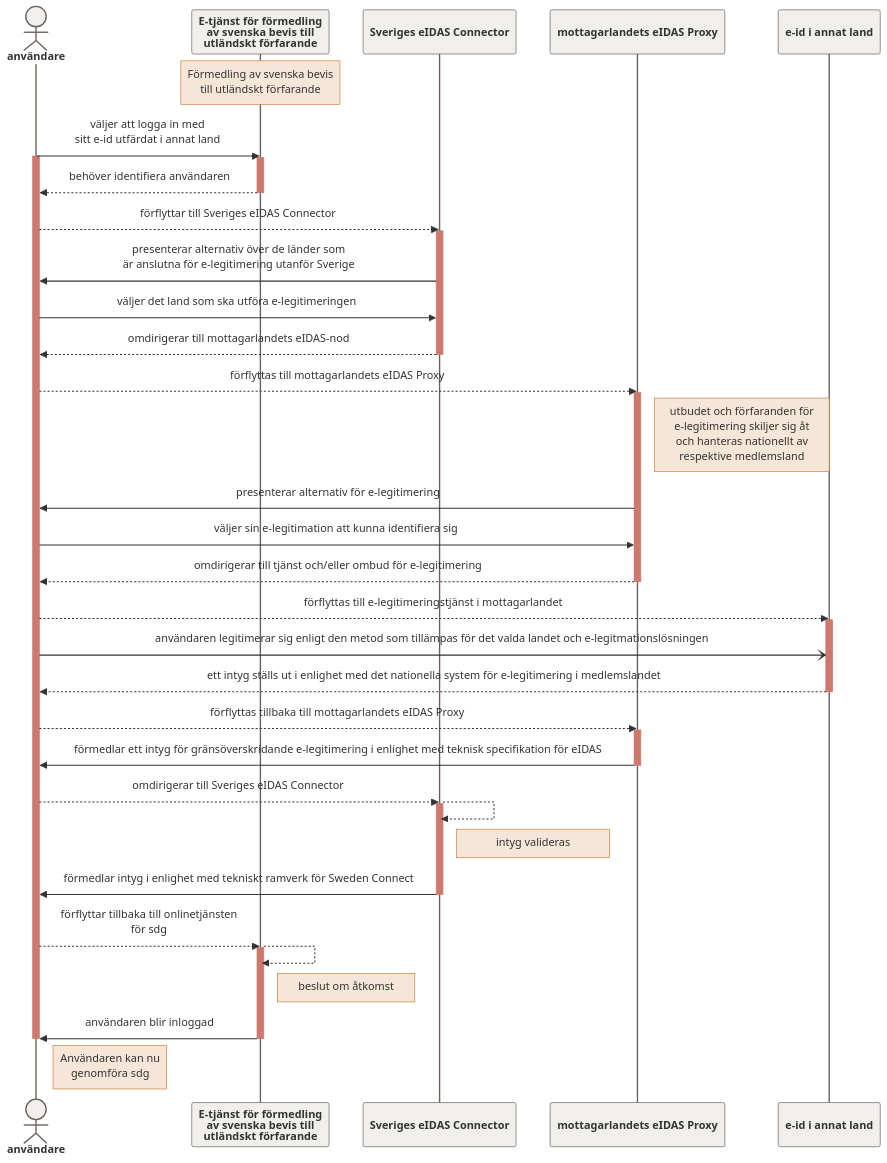
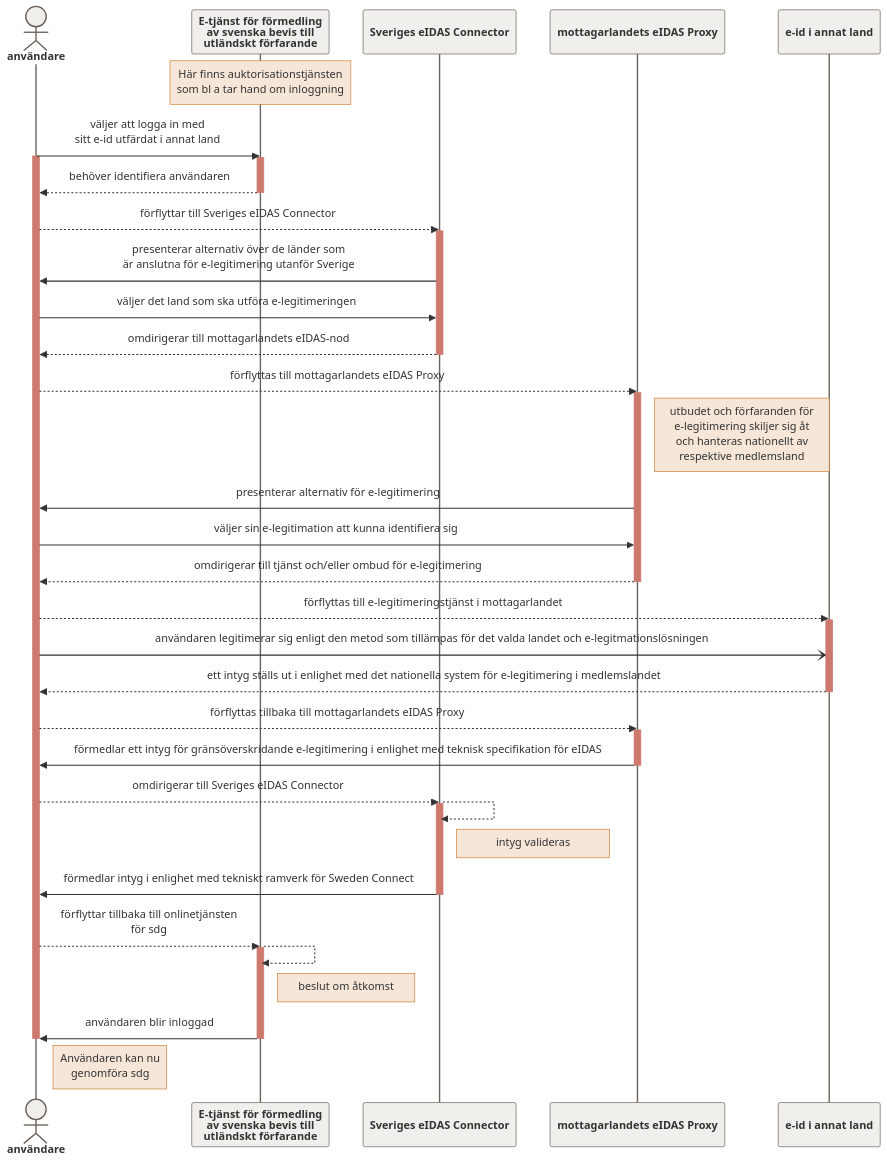
One commit to araskazemi/greenhouse changed the diagram in login_oots.md. Above: the diagram before and after it, drawn with Mermaid.

````diff
--- a/login_oots.md
+++ b/login_oots.md
@@ -1,53 +1,53 @@
 ```mermaid
 
 %%{init: {'sequence': { 'mirrorActors': true, 'rightAngles': true, 'messageAlign': 'center', 'actorFontWeight': 900, 'actorFontSize': 18, 'noteFontWeight': 100, 'noteFontSize': 12}}}%%
 %%{init: {'theme': 'base', 'themeVariables': {'labelBoxBkgColor': '#F5F5F4', 'labelBoxBorderColor': '#998980', 'actorBorder': '#696059', 'actorBkg': '#F1EFEC', 'activationBorderColor': '#CD796E', 'activationBkgColor': '#CD796E', 'noteBkgColor': '#F5E6D7', 'noteBorderColor': '#CE8036'}}}%%
 
 sequenceDiagram
   actor användare
   participant sdg as E-tjänst för förmedling<br />av svenska bevis till<br />utländskt förfarande
-  Note over sdg: Förmedling av svenska bevis<br />till utländskt förfarande
+  Note over sdg: Här finns auktorisationstjänsten<br />som bl a tar hand om inloggning
   användare->>sdg: väljer att logga in med<br />sitt e-id utfärdat i annat land
   activate användare
   activate sdg
   sdg-->>användare: behöver identifiera användaren
   deactivate sdg  
   användare-->>Sveriges eIDAS Connector: förflyttar till Sveriges eIDAS Connector
   activate Sveriges eIDAS Connector
   Sveriges eIDAS Connector->>användare: presenterar alternativ över de länder som<br />är anslutna för e-legitimering utanför Sverige
   användare->>Sveriges eIDAS Connector: väljer det land som ska utföra e-legitimeringen
   Sveriges eIDAS Connector-->>användare: omdirigerar till mottagarlandets eIDAS-nod
   deactivate Sveriges eIDAS Connector
   användare-->>mottagarlandets eIDAS Proxy: förflyttas till mottagarlandets eIDAS Proxy
   activate mottagarlandets eIDAS Proxy
   Note right of mottagarlandets eIDAS Proxy: utbudet och förfaranden för<br />e-legitimering skiljer sig åt<br />och hanteras nationellt av<br />respektive medlemsland
   mottagarlandets eIDAS Proxy->>användare: presenterar alternativ för e-legitimering
   användare->>mottagarlandets eIDAS Proxy: väljer sin e-legitimation att kunna identifiera sig
   mottagarlandets eIDAS Proxy-->>användare: omdirigerar till tjänst och/eller ombud för e-legitimering
   deactivate mottagarlandets eIDAS Proxy
   användare-->>e-id i annat land: förflyttas till e-legitimeringstjänst i mottagarlandet
   activate e-id i annat land
   användare-)e-id i annat land: användaren legitimerar sig enligt den metod som tillämpas för det valda landet och e-legitmationslösningen 
   e-id i annat land-->>användare: ett intyg ställs ut i enlighet med det nationella system för e-legitimering i medlemslandet
   deactivate e-id i annat land
   användare-->>mottagarlandets eIDAS Proxy: förflyttas tillbaka till mottagarlandets eIDAS Proxy
   activate mottagarlandets eIDAS Proxy
   mottagarlandets eIDAS Proxy->>användare: förmedlar ett intyg för gränsöverskridande e-legitimering i enlighet med teknisk specifikation för eIDAS
   deactivate mottagarlandets eIDAS Proxy
   användare-->>Sveriges eIDAS Connector: omdirigerar till Sveriges eIDAS Connector
   activate Sveriges eIDAS Connector
   Sveriges eIDAS Connector-->>Sveriges eIDAS Connector: 
   Note right of Sveriges eIDAS Connector: intyg valideras
   Sveriges eIDAS Connector->>användare: förmedlar intyg i enlighet med tekniskt ramverk för Sweden Connect
   deactivate Sveriges eIDAS Connector
   användare-->>sdg: förflyttar tillbaka till onlinetjänsten<br />för sdg
   activate sdg
   sdg-->>sdg: 
   Note right of sdg: beslut om åtkomst
   sdg->>användare: användaren blir inloggad
   deactivate sdg
   deactivate användare
   Note right of användare:  Användaren kan nu<br />genomföra sdg
   
 
 ```
````
